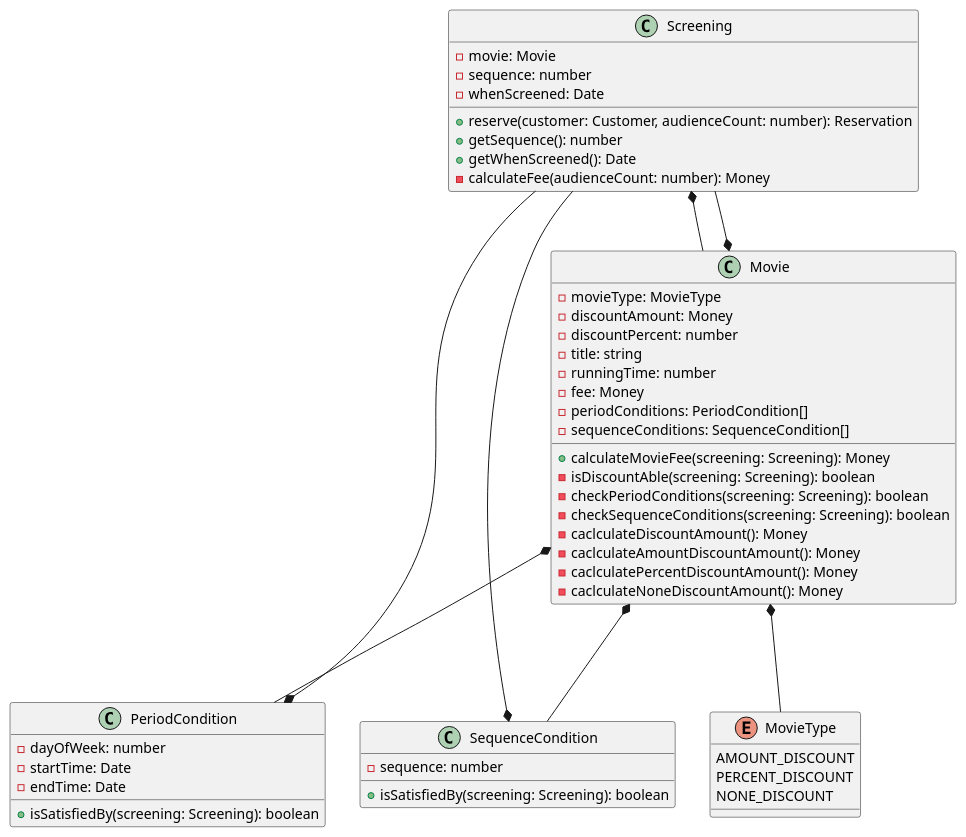
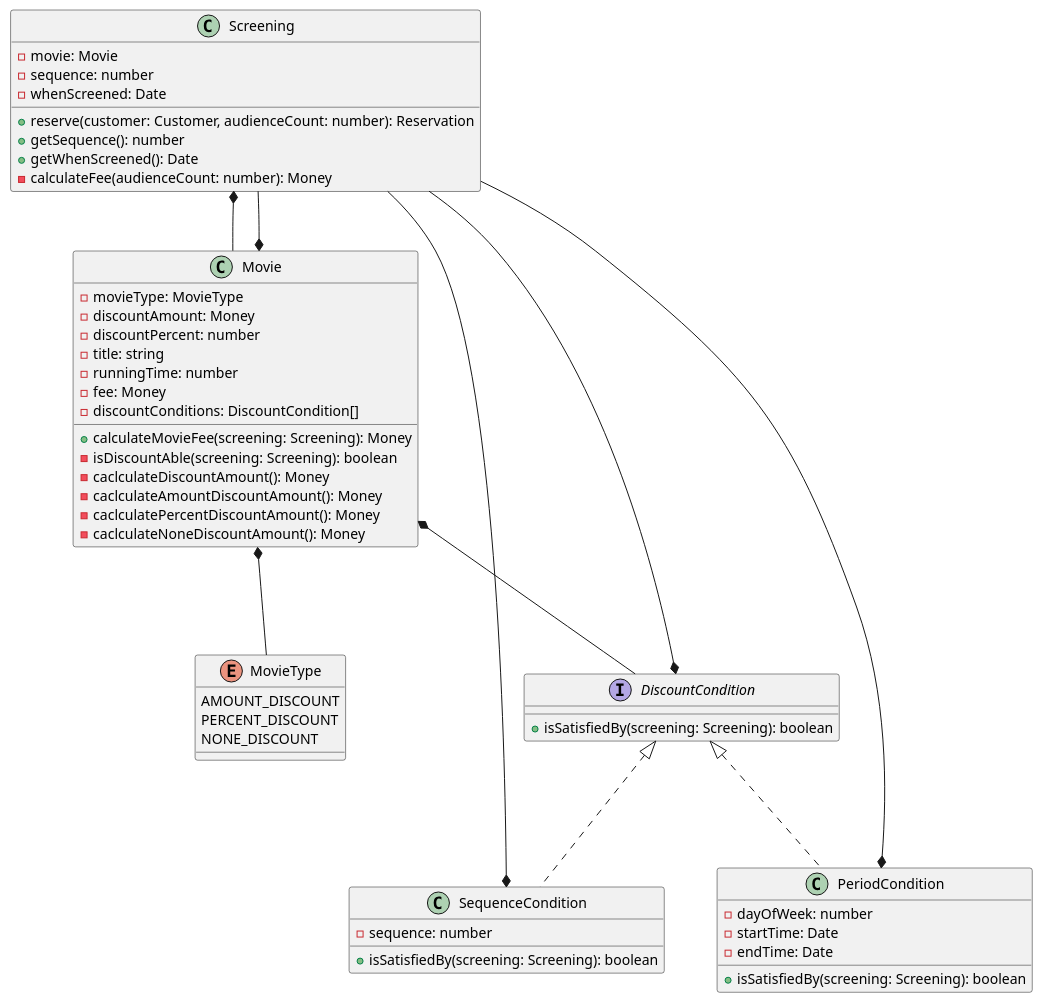
One commit to vomvoru/object-study changed the diagram in chapter5/tplant.puml. Above: the diagram before and after it, drawn with PlantUML. The commit also changed 6 other files, not shown here.

```diff
--- a/chapter5/tplant.puml
+++ b/chapter5/tplant.puml
@@ -1,79 +1,79 @@
 @startuml
 class Customer
 class Money {
     -amount: number
     +plus(amount: Money): Money
     +minus(amount: Money): Money
     +times(percent: number): Money
     +isLessThan(other: Money): boolean
     +isGreaterThanOrEqual(other: Money): boolean
     +{static} ZERO: Money
     +{static} wons(amount: number): Money
 }
 class Reservation {
     -customer: Customer
     -screening: Screening
     -fee: Money
     -audienceCount: number
 }
+enum MovieType {
+    AMOUNT_DISCOUNT
+    PERCENT_DISCOUNT
+    NONE_DISCOUNT
+}
+class Movie {
+    -movieType: MovieType
+    -discountAmount: Money
+    -discountPercent: number
+    -title: string
+    -runningTime: number
+    -fee: Money
+    -discountConditions: DiscountCondition[]
+    +calculateMovieFee(screening: Screening): Money
+    -isDiscountAble(screening: Screening): boolean
+    -caclculateDiscountAmount(): Money
+    -caclculateAmountDiscountAmount(): Money
+    -caclculatePercentDiscountAmount(): Money
+    -caclculateNoneDiscountAmount(): Money
+}
 class Screening {
     -movie: Movie
     -sequence: number
     -whenScreened: Date
     +reserve(customer: Customer, audienceCount: number): Reservation
     +getSequence(): number
     +getWhenScreened(): Date
     -calculateFee(audienceCount: number): Money
 }
-enum MovieType {
-    AMOUNT_DISCOUNT
-    PERCENT_DISCOUNT
-    NONE_DISCOUNT
+interface DiscountCondition {
+    +isSatisfiedBy(screening: Screening): boolean
 }
-class PeriodCondition {
+class PeriodCondition implements DiscountCondition {
     -dayOfWeek: number
     -startTime: Date
     -endTime: Date
     +isSatisfiedBy(screening: Screening): boolean
 }
-class SequenceCondition {
+class SequenceCondition implements DiscountCondition {
     -sequence: number
     +isSatisfiedBy(screening: Screening): boolean
-}
-class Movie {
-    -movieType: MovieType
-    -discountAmount: Money
-    -discountPercent: number
-    -title: string
-    -runningTime: number
-    -fee: Money
-    -periodConditions: PeriodCondition[]
-    -sequenceConditions: SequenceCondition[]
-    +calculateMovieFee(screening: Screening): Money
-    -isDiscountAble(screening: Screening): boolean
-    -checkPeriodConditions(screening: Screening): boolean
-    -checkSequenceConditions(screening: Screening): boolean
-    -caclculateDiscountAmount(): Money
-    -caclculateAmountDiscountAmount(): Money
-    -caclculatePercentDiscountAmount(): Money
-    -caclculateNoneDiscountAmount(): Money
 }
 Reservation *-- Customer
 Reservation *-- Screening
 Reservation *-- Money
+Movie *-- MovieType
+Movie *-- Money
+Movie *-- DiscountCondition
+Movie *-- Screening
 Screening *-- Movie
 Screening *-- Customer
 Screening *-- Reservation
 Screening *-- Money
+DiscountCondition *-- Screening
 PeriodCondition *-- Screening
 SequenceCondition *-- Screening
-Movie *-- MovieType
-Movie *-- Money
-Movie *-- PeriodCondition
-Movie *-- SequenceCondition
-Movie *-- Screening
 
 hide Money
 hide Customer
 hide Reservation
 @enduml
```
